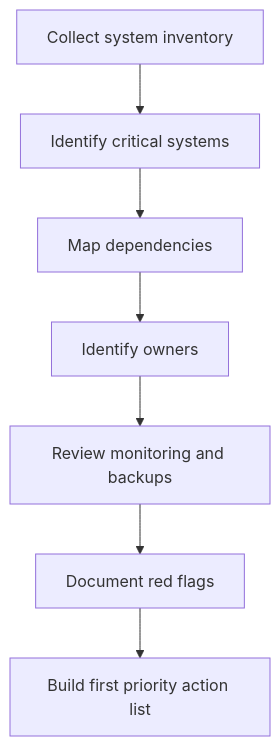
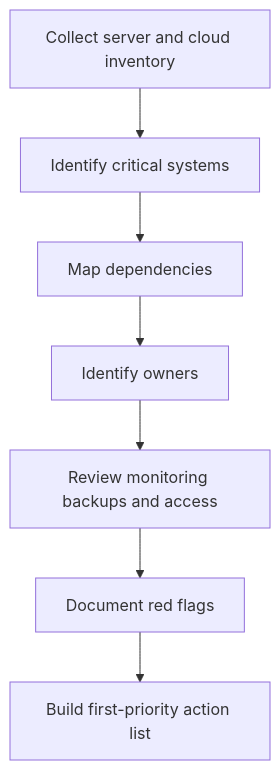
Before and after one commit to brianhannigan/systems-admin-field-guide: the diagram in diagrams/infrastructure/infrastructure-discovery-workflow.md, drawn with Mermaid. The commit also changed 22 other files, not shown here.

Commit message:
polish: fix repo presentation diagrams and github backlog

````diff
--- a/diagrams/infrastructure/infrastructure-discovery-workflow.md
+++ b/diagrams/infrastructure/infrastructure-discovery-workflow.md
@@ -3,9 +3,9 @@
 ```mermaid
 flowchart TD
-    A[Collect system inventory] --> B[Identify critical systems]
+    A[Collect server and cloud inventory] --> B[Identify critical systems]
     B --> C[Map dependencies]
     C --> D[Identify owners]
-    D --> E[Review monitoring and backups]
+    D --> E[Review monitoring backups and access]
     E --> F[Document red flags]
-    F --> G[Build first priority action list]
+    F --> G[Build first-priority action list]
 ```
````
